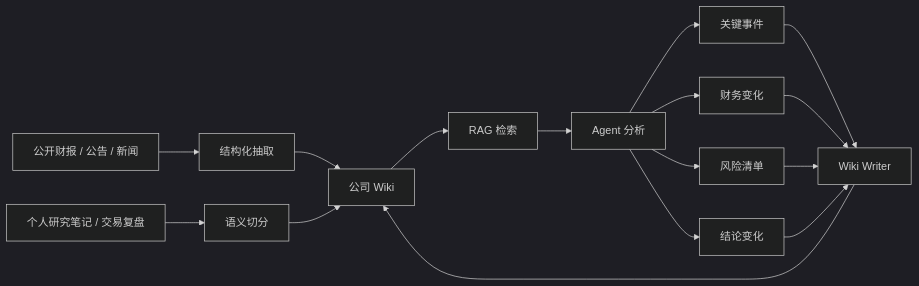
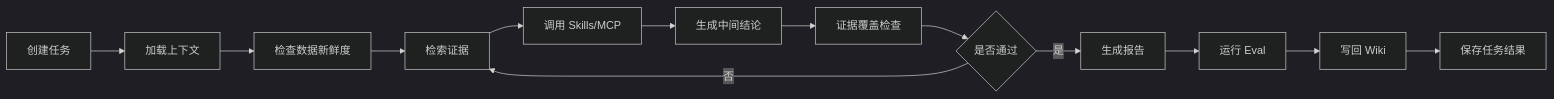
Before and after one commit to ljt-sss/A_stock_analysis_agent: the second of 9 diagrams in README.md, drawn with Mermaid (dark theme). The commit also changed other lines of this file and 47 other files, not shown here.

````diff
--- a/README.md
+++ b/README.md
@@ -122,18 +62,15 @@
 ```mermaid
 flowchart LR
-    A["公开财报 / 公告 / 新闻"] --> B["结构化抽取"]
-    C["个人研究笔记 / 交易复盘"] --> D["语义切分"]
-    B --> E["公司 Wiki"]
-    D --> E
-    E --> F["RAG 检索"]
-    F --> G["Agent 分析"]
-    G --> H["关键事件"]
-    G --> I["财务变化"]
-    G --> J["风险清单"]
-    G --> K["结论变化"]
-    H --> L["Wiki Writer"]
-    I --> L
-    J --> L
-    K --> L
-    L --> E
+    A["创建任务"] --> B["加载上下文"]
+    B --> C["检查数据新鲜度"]
+    C --> D["检索证据"]
+    D --> E["调用 Skills/MCP"]
+    E --> F["生成中间结论"]
+    F --> G["证据覆盖检查"]
+    G --> H{"是否通过"}
+    H -->|是| I["生成报告"]
+    H -->|否| D
+    I --> J["运行 Eval"]
+    J --> K["写回 Wiki"]
+    K --> L["保存任务结果"]
 ```
````
